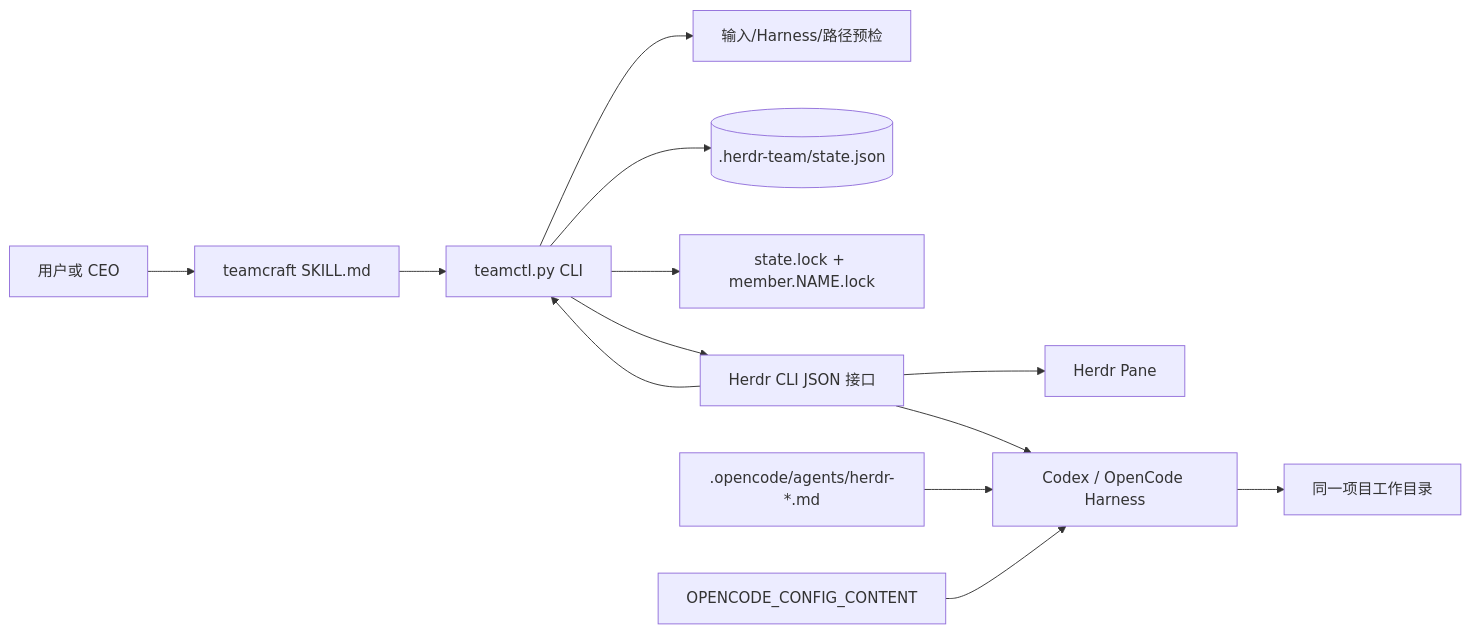
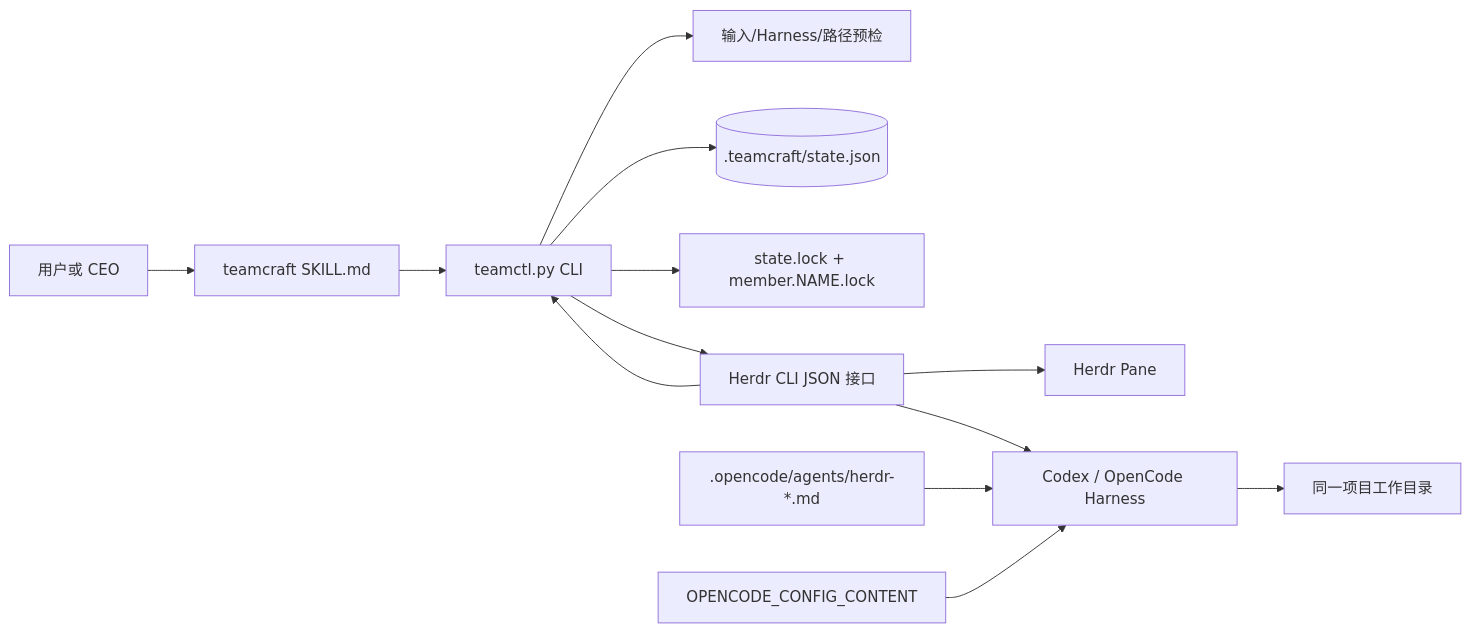
The first of 2 diagrams in doc/TEAMCRAFT_2_0_M0_REVIEW.md (DiQiTech-AI/teamcraft), drawn with Mermaid before and after one commit. The commit also changed other lines of this file and 13 other files, not shown here.

````diff
--- a/doc/TEAMCRAFT_2_0_M0_REVIEW.md
+++ b/doc/TEAMCRAFT_2_0_M0_REVIEW.md
@@ -52,15 +52,15 @@
 ```mermaid
 flowchart LR
     U[用户或 CEO] --> S[teamcraft SKILL.md]
     S --> CLI[teamctl.py CLI]
     CLI --> V[输入/Harness/路径预检]
-    CLI --> JS[(.herdr-team/state.json)]
+    CLI --> JS[(.teamcraft/state.json)]
     CLI --> FL[state.lock + member.NAME.lock]
     CLI --> H[Herdr CLI JSON 接口]
     H --> P[Herdr Pane]
     H --> A[Codex / OpenCode Harness]
     OC[.opencode/agents/herdr-*.md] --> A
     CFG[OPENCODE_CONFIG_CONTENT] --> A
     A --> W[同一项目工作目录]
     H --> CLI
 ```
````
